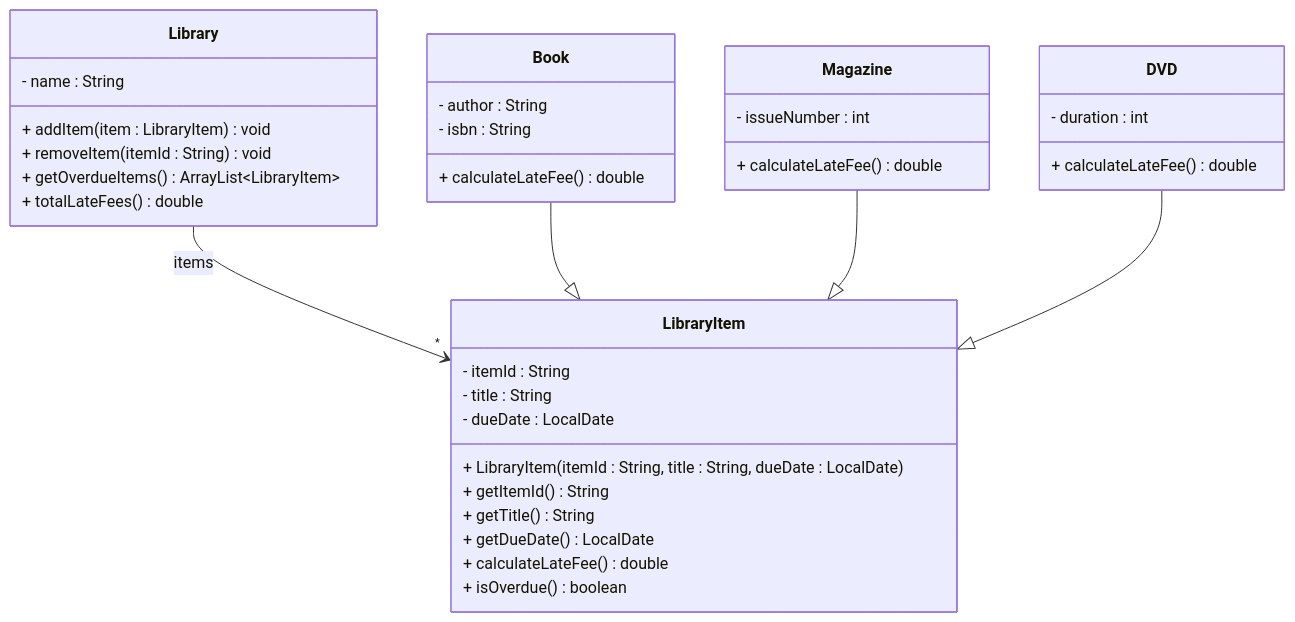
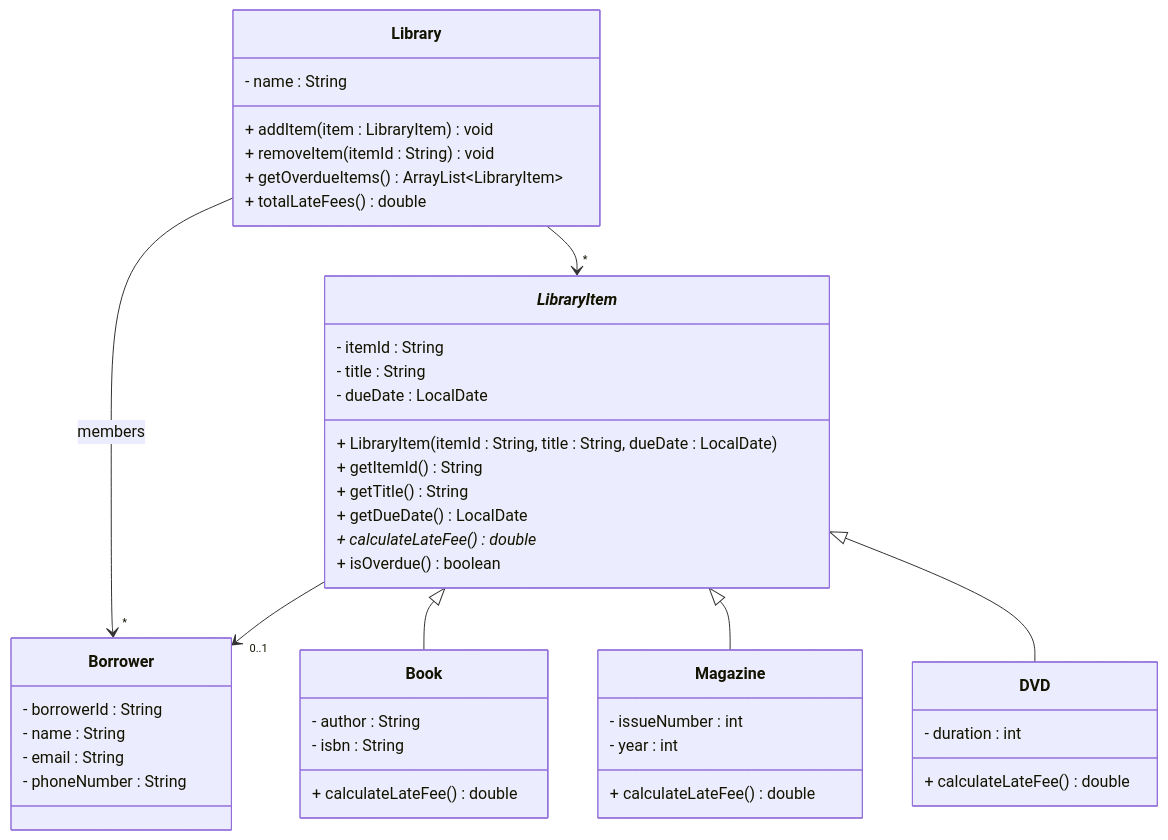
One commit to TroelsMortensen/Codelabs2 changed the diagram in Articles/Session 24 - Exam/008 Exercise 7 - Library System.md. Above: the diagram before and after it, drawn with Mermaid. The commit also changed 4 other files, not shown here.

````diff
--- a/Articles/Session 24 - Exam/008 Exercise 7 - Library System.md
+++ b/Articles/Session 24 - Exam/008 Exercise 7 - Library System.md
@@ -5,43 +5,53 @@
 ```mermaid
 classDiagram
     class Library {
         - name : String
         + addItem(item : LibraryItem) void
         + removeItem(itemId : String) void
         + getOverdueItems() ArrayList~LibraryItem~
         + totalLateFees() double
     }
     
-    class LibraryItem {
+    class _LibraryItem_ {
         - itemId : String
         - title : String
         - dueDate : LocalDate
         + LibraryItem(itemId : String, title : String, dueDate : LocalDate)
         + getItemId() String
         + getTitle() String
         + getDueDate() LocalDate
-        + calculateLateFee() double
+        + calculateLateFee()* double
         + isOverdue() boolean
     }
     
     class Book {
         - author : String
         - isbn : String
         + calculateLateFee() double
     }
     
     class Magazine {
         - issueNumber : int
+        - year : int
         + calculateLateFee() double
     }
     
     class DVD {
         - duration : int
         + calculateLateFee() double
     }
     
-    Library --> "*" LibraryItem : items
-    Book --|> LibraryItem
-    Magazine --|> LibraryItem
-    DVD --|> LibraryItem
+    class Borrower {
+        - borrowerId : String
+        - name : String
+        - email : String
+        - phoneNumber : String
+    }
+    
+    Library --> "*" _LibraryItem_
+    Library --> "*" Borrower : members
+    _LibraryItem_ --> "0..1" Borrower 
+    _LibraryItem_ <|-- Book
+    _LibraryItem_ <|-- Magazine
+    _LibraryItem_ <|-- DVD
 ```
````
